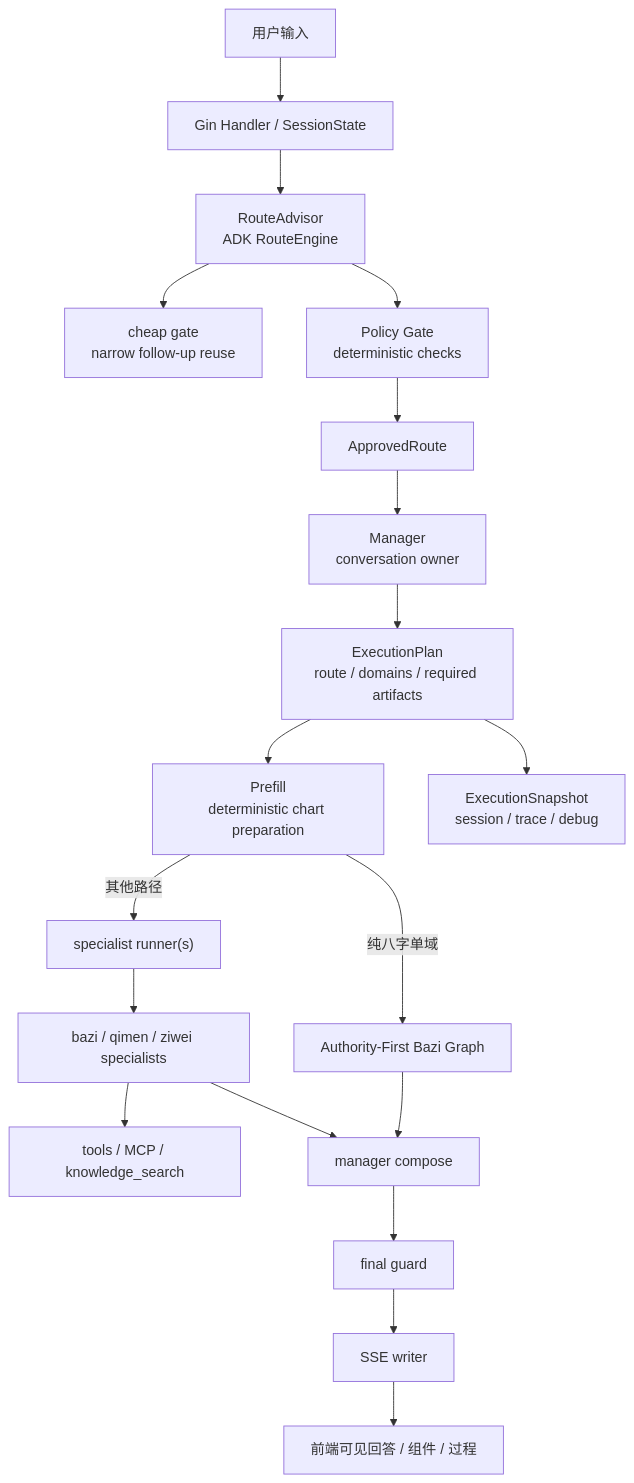
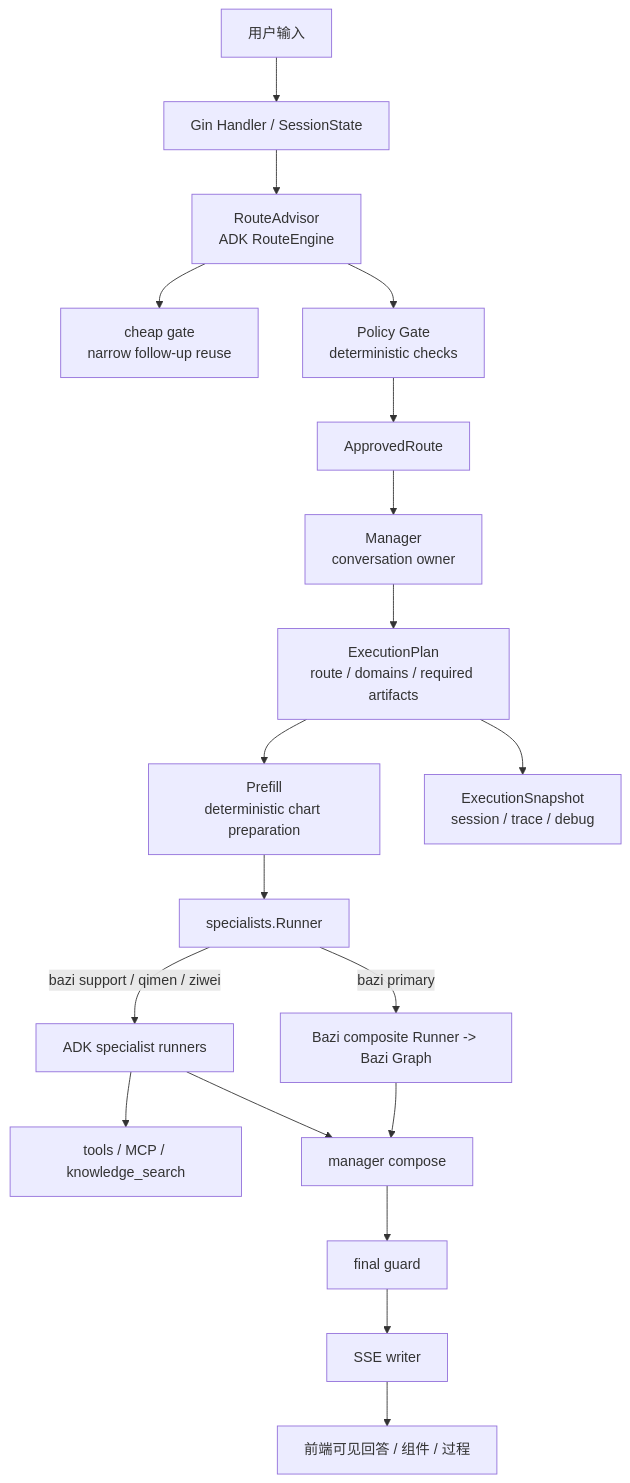
The second of 3 diagrams in README.md (observer-mimiron/suanming-agent), drawn with Mermaid before and after one commit. The commit also changed other lines of this file and 259 other files, not shown here.

````diff
--- a/README.md
+++ b/README.md
@@ -121,21 +123,21 @@
 ```mermaid
 flowchart TD
     U["用户输入"] --> H["Gin Handler / SessionState"]
     H --> RA["RouteAdvisor<br/>ADK RouteEngine"]
     RA --> CG["cheap gate<br/>narrow follow-up reuse"]
     RA --> PG["Policy Gate<br/>deterministic checks"]
     PG --> AR["ApprovedRoute"]
     AR --> M["Manager<br/>conversation owner"]
     M --> EP["ExecutionPlan<br/>route / domains / required artifacts"]
     EP --> PF["Prefill<br/>deterministic chart preparation"]
-    PF -->|纯八字单域| BG["Authority-First Bazi Graph"]
-    PF -->|其他路径| SR["specialist runner(s)"]
-    SR --> SP["bazi / qimen / ziwei specialists"]
+    PF --> SR["specialists.Runner"]
+    SR -->|bazi primary| BG["Bazi composite Runner -> Bazi Graph"]
+    SR -->|bazi support / qimen / ziwei| SP["ADK specialist runners"]
     SP --> TK["tools / MCP / knowledge_search"]
     BG --> MC["manager compose"]
     SP --> MC
     MC --> FG["final guard"]
     FG --> SSE["SSE writer"]
     EP --> ES["ExecutionSnapshot<br/>session / trace / debug"]
     SSE --> OUT["前端可见回答 / 组件 / 过程"]
 ```
````
